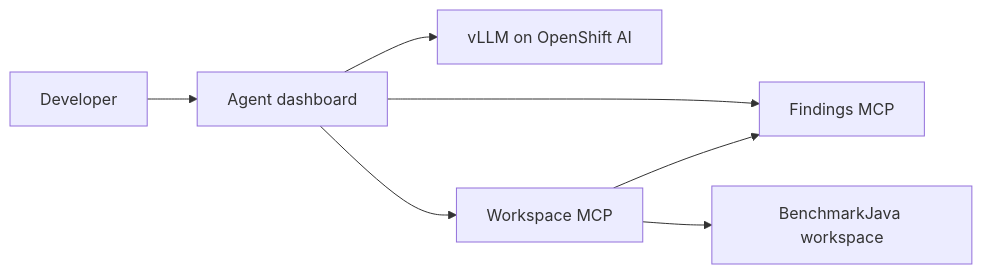
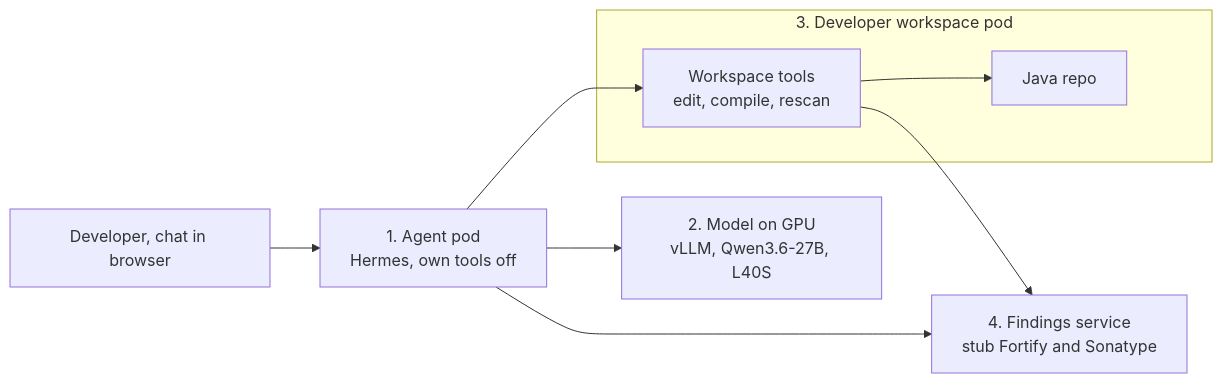
The diagram in README.md (JiaShengg/rhdp-agentic-remediation), drawn with Mermaid before and after one commit. The commit also changed other lines of this file, not shown here.

Commit message:
Replace the README with the short architecture and demo overview.

````diff
--- a/README.md
+++ b/README.md
@@ -9,16 +7,18 @@
 ```mermaid
 flowchart LR
-  developer[Developer]
-  dashboard[Agent dashboard]
-  model[vLLM on OpenShift AI]
-  findings[Findings MCP]
-  workspace[Workspace MCP]
-  source[BenchmarkJava workspace]
+  dev[Developer, chat in browser]
+  agent[1. Agent pod<br/>Hermes, own tools off]
+  model[2. Model on GPU<br/>vLLM, Qwen3.6-27B, L40S]
+  subgraph ws[3. Developer workspace pod]
+    code[Java repo]
+    tools[Workspace tools<br/>edit, compile, rescan]
+  end
+  findings[4. Findings service<br/>stub Fortify and Sonatype]
 
-  developer --> dashboard
-  dashboard --> model
-  dashboard --> findings
-  dashboard --> workspace
-  workspace --> source
-  workspace --> findings
+  dev --> agent
+  agent --> model
+  agent --> findings
+  agent --> tools
+  tools --> code
+  tools --> findings
 ```
````
